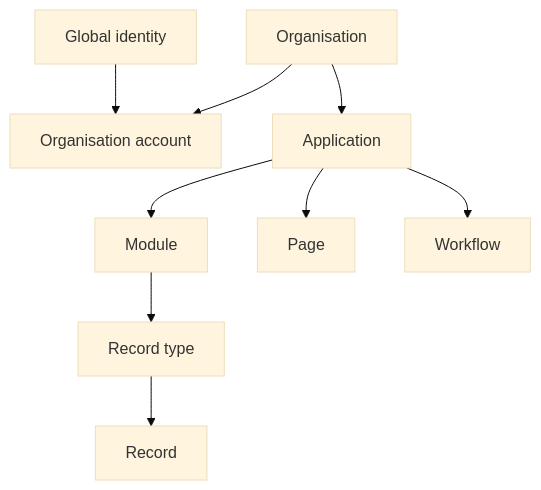
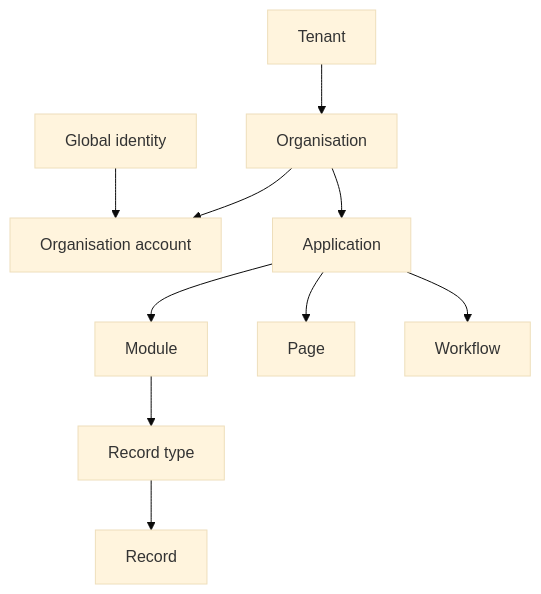
The diagram in docs/specification/appendices/glossary.md (Abzum-NZ/Abzum-Vortex), drawn with Mermaid (base theme) before and after one commit. The commit also changed other lines of this file and 27 other files, not shown here.

````diff
--- a/docs/specification/appendices/glossary.md
+++ b/docs/specification/appendices/glossary.md
@@ -5,11 +5,12 @@
 ```mermaid
 flowchart TD
+    TENANT[Tenant] --> ORG[Organisation]
     IDENTITY[Global identity] --> ACCOUNT[Organisation account]
     ORG[Organisation] --> ACCOUNT
     ORG --> APP[Application]
     APP --> MODULE[Module]
     MODULE --> TYPE[Record type]
     TYPE --> RECORD[Record]
     APP --> PAGE[Page]
     APP --> WORKFLOW[Workflow]
 ```
````
